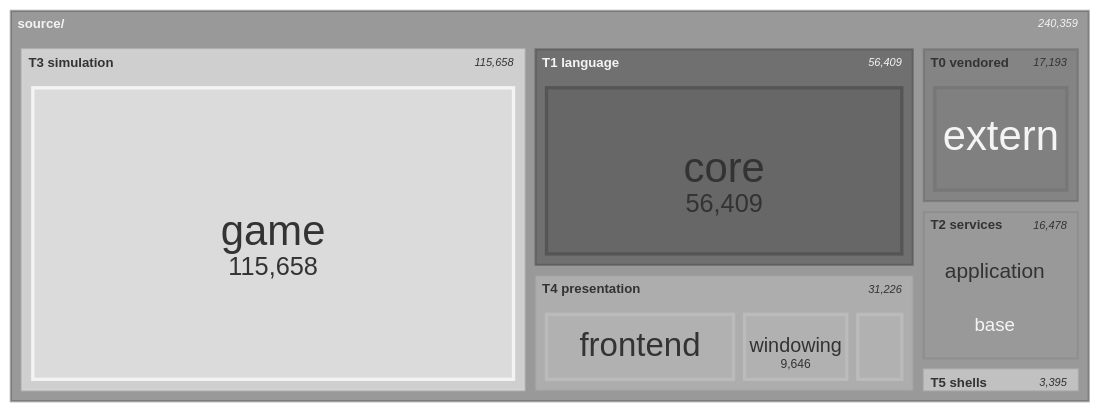
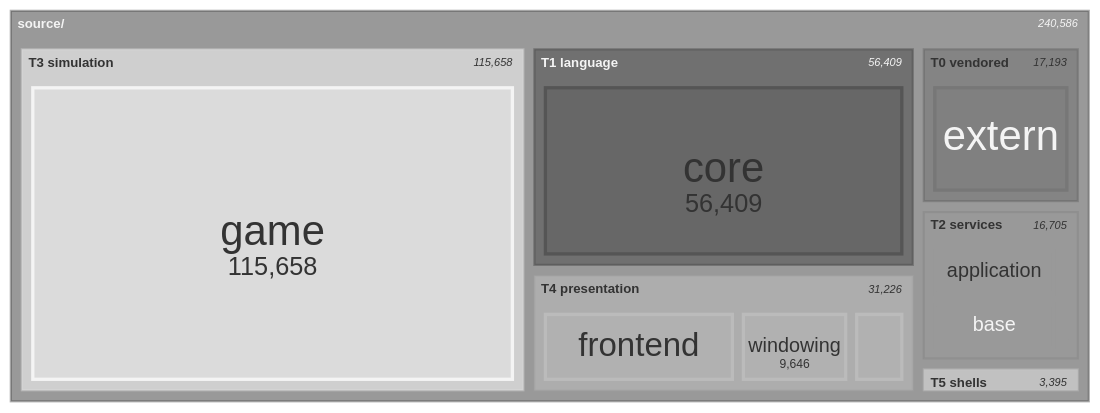
Before and after one commit to apnex/OpenStarbound: the seventh of 11 diagrams in docs/architecture/system-boundaries.md, drawn with Mermaid (neutral theme). The commit also changed other lines of this file and 1 other file, not shown here.

First line of the commit message:
OBS-JOIN: register both selftests as gates, and refresh the arch graph [#253]

````diff
--- a/docs/architecture/system-boundaries.md
+++ b/docs/architecture/system-boundaries.md
@@ -592,22 +592,22 @@
 ```mermaid
 treemap-beta
 "source/"
     "T0 vendored"
         "extern": 17193
     "T1 language"
         "core": 56409
     "T2 services"
         "application": 7672
         "base": 7468
-        "metrics": 1196
+        "metrics": 1423
         "platform": 142
     "T3 simulation"
         "game": 115658
     "T4 presentation"
         "frontend": 16863
         "windowing": 9646
         "rendering": 4717
     "T5 shells"
         "client": 2612
         "server": 783
 ```
````
